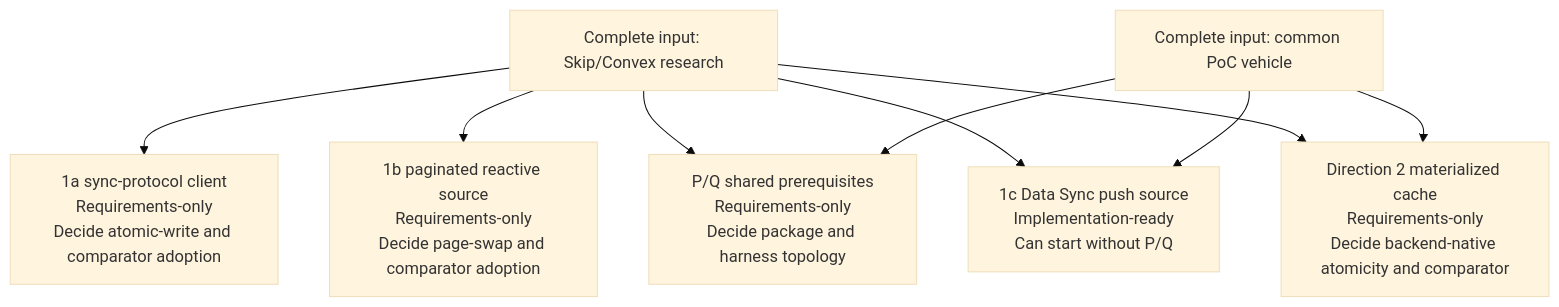
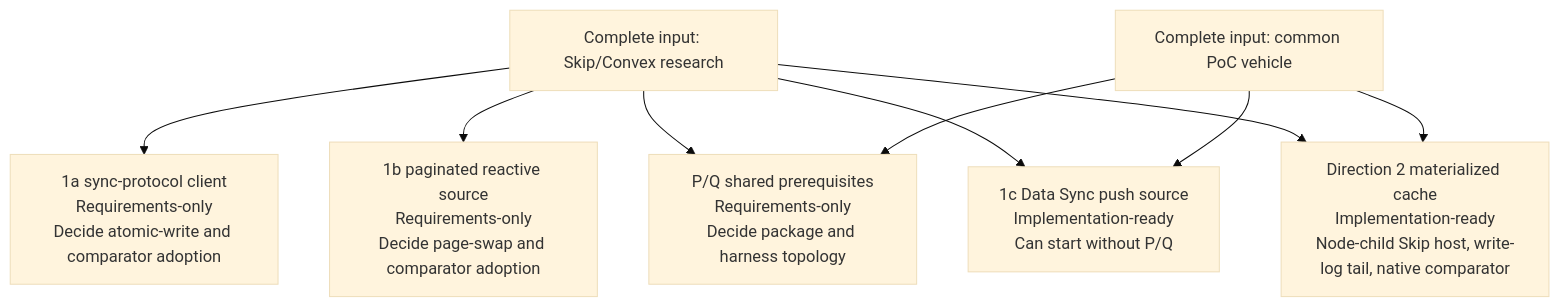
The first of 3 diagrams in docs/plans/planning-timeline.md (billf/convex-backend), drawn with Mermaid (base theme) before and after one commit. The commit also changed other lines of this file and 3 other files, not shown here.

````diff
--- a/docs/plans/planning-timeline.md
+++ b/docs/plans/planning-timeline.md
@@ -30,19 +30,19 @@
 ```mermaid
 flowchart TB
   research["Complete input: Skip/Convex research"]
   vehicle["Complete input: common PoC vehicle"]
   oneA["1a sync-protocol client\nRequirements-only\nDecide atomic-write and comparator adoption"]
   oneB["1b paginated reactive source\nRequirements-only\nDecide page-swap and comparator adoption"]
   shared["P/Q shared prerequisites\nRequirements-only\nDecide package and harness topology"]
   oneC["1c Data Sync push source\nImplementation-ready\nCan start without P/Q"]
-  two["Direction 2 materialized cache\nRequirements-only\nDecide backend-native atomicity and comparator"]
+  two["Direction 2 materialized cache\nImplementation-ready\nNode-child Skip host, write-log tail, native comparator"]
 
   research --> oneA
   research --> oneB
   research --> shared
   research --> oneC
   research --> two
   vehicle --> shared
   vehicle --> oneC
   vehicle --> two
 ```
````
